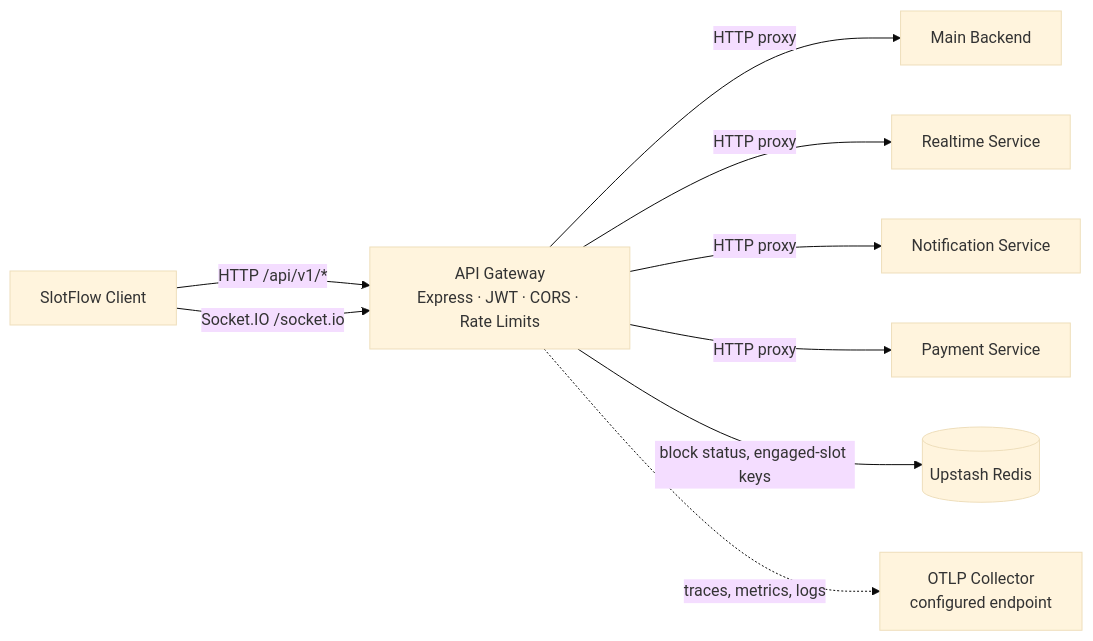
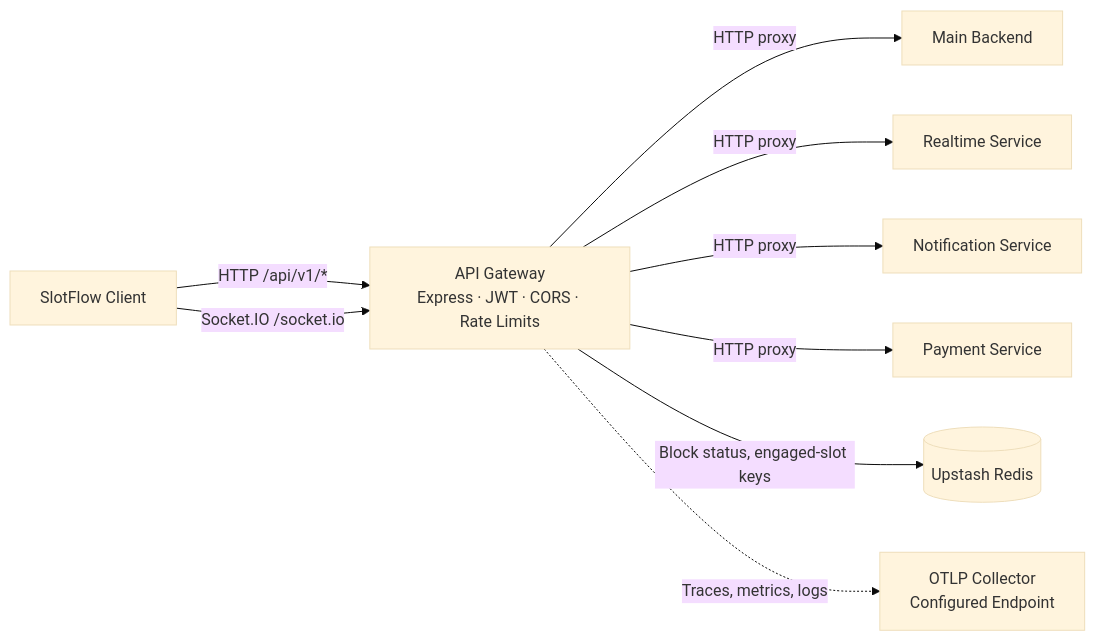
The diagram in README.md (slotflow/slotflow-api-gateway), drawn with Mermaid (base theme) before and after one commit. The commit also changed other lines of this file, not shown here.

Commit message:
doc refactor: mermaid and points updated

````diff
--- a/README.md
+++ b/README.md
@@ -98,20 +98,20 @@
 ```mermaid
 flowchart LR
-    Client[SlotFlow Client]
-    Gateway[API Gateway<br/>Express · JWT · CORS · Rate Limits]
-    Main[Main Backend]
-    Realtime[Realtime Service]
-    Notify[Notification Service]
-    Payment[Payment Service]
-    Redis[(Upstash Redis)]
-    OTel[OTLP Collector<br/>configured endpoint]
+    Client["SlotFlow Client"]
+    Gateway["API Gateway<br/>Express · JWT · CORS · Rate Limits"]
+    Main["Main Backend"]
+    Realtime["Realtime Service"]
+    Notify["Notification Service"]
+    Payment["Payment Service"]
+    Redis[("Upstash Redis")]
+    OTel["OTLP Collector<br/>Configured Endpoint"]
 
     Client -->|HTTP /api/v1/*| Gateway
     Client -->|Socket.IO /socket.io| Gateway
     Gateway -->|HTTP proxy| Main
     Gateway -->|HTTP proxy| Realtime
     Gateway -->|HTTP proxy| Notify
     Gateway -->|HTTP proxy| Payment
-    Gateway -->|block status, engaged-slot keys| Redis
-    Gateway -.->|traces, metrics, logs| OTel
+    Gateway -->|Block status, engaged-slot keys| Redis
+    Gateway -.->|Traces, metrics, logs| OTel
 ```
````
